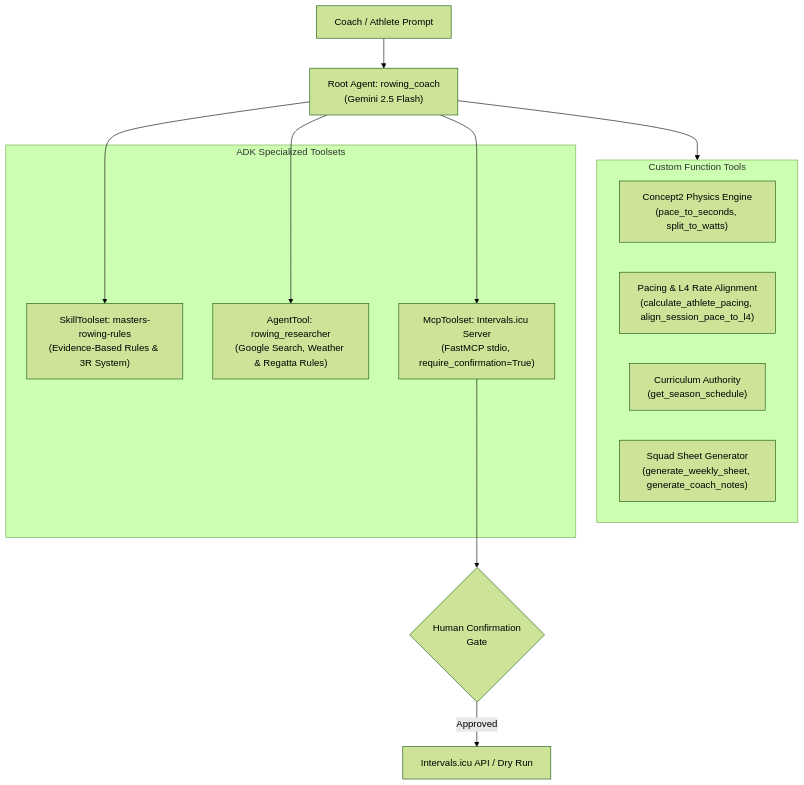
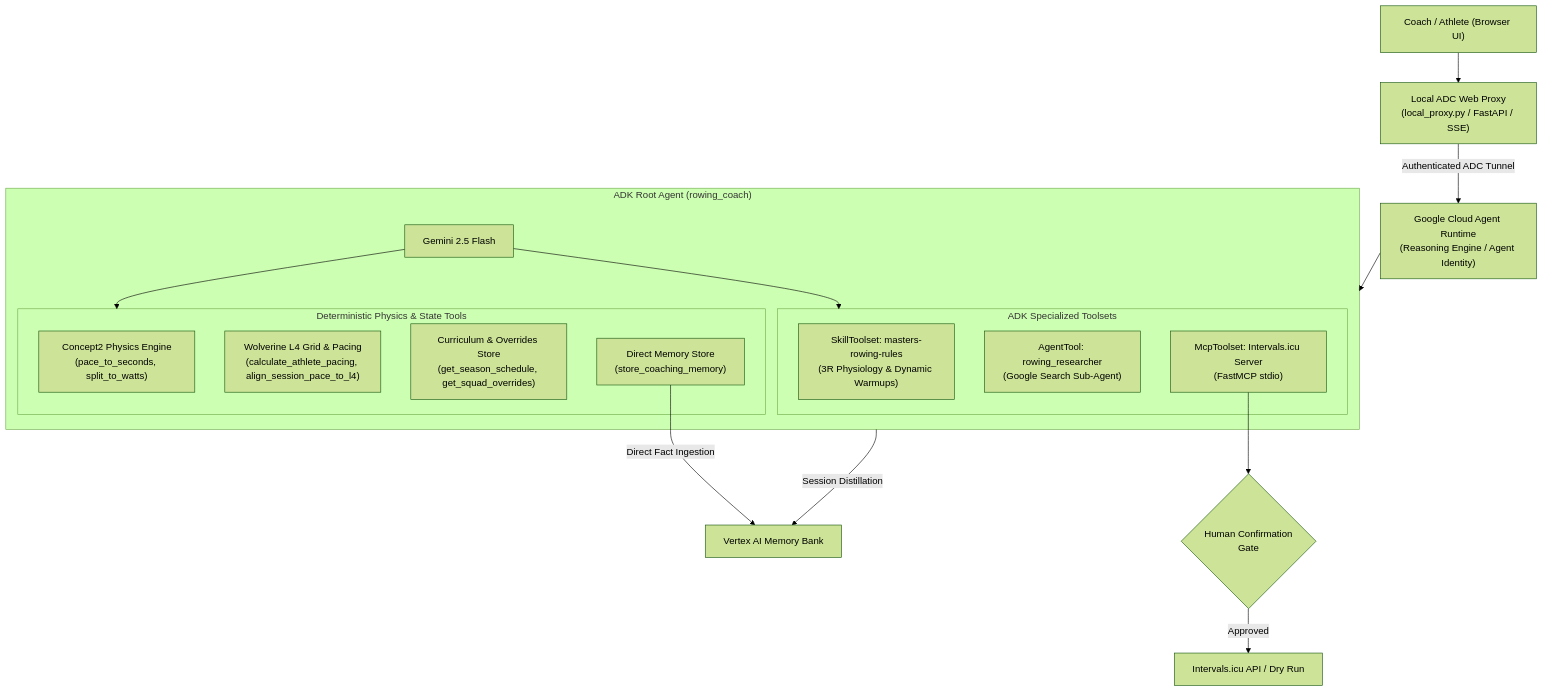
One commit to duncmon/AI-Devcamp-rowing-coach-agent changed the diagram in README.md. Above: the diagram before and after it, drawn with Mermaid (forest theme). The commit also changed other lines of this file and 2 other files, not shown here.

Commit message:
docs: add comprehensive system architecture, implementation rationale, and project critique

````diff
--- a/README.md
+++ b/README.md
@@ -28,25 +40,32 @@
 ```mermaid
 flowchart TD
-    User["Coach / Athlete Prompt"] --> Root["Root Agent: rowing_coach<br/>(Gemini 2.5 Flash)"]
+    User["Coach / Athlete (Browser UI)"] --> Proxy["Local ADC Web Proxy<br/>(local_proxy.py / FastAPI / SSE)"]
     
-    subgraph CoreTools["Custom Function Tools"]
-        P1["Concept2 Physics Engine<br/>(pace_to_seconds, split_to_watts)"]
-        P2["Pacing & L4 Rate Alignment<br/>(calculate_athlete_pacing, align_session_pace_to_l4)"]
-        P3["Curriculum Authority<br/>(get_season_schedule)"]
-        P4["Squad Sheet Generator<br/>(generate_weekly_sheet, generate_coach_notes)"]
+    Proxy -->|Authenticated ADC Tunnel| Engine["Google Cloud Agent Runtime<br/>(Reasoning Engine / Agent Identity)"]
+    
+    subgraph ADKAgent["ADK Root Agent (rowing_coach)"]
+        Model["Gemini 2.5 Flash"]
+        
+        subgraph DeterministicTools["Deterministic Physics & State Tools"]
+            P1["Concept2 Physics Engine<br/>(pace_to_seconds, split_to_watts)"]
+            P2["Wolverine L4 Grid & Pacing<br/>(calculate_athlete_pacing, align_session_pace_to_l4)"]
+            P3["Curriculum & Overrides Store<br/>(get_season_schedule, get_squad_overrides)"]
+            P4["Direct Memory Store<br/>(store_coaching_memory)"]
+        end
+        
+        subgraph AgenticModules["ADK Specialized Toolsets"]
+            Skill["SkillToolset: masters-rowing-rules<br/>(3R Physiology & Dynamic Warmups)"]
+            SubAgent["AgentTool: rowing_researcher<br/>(Google Search Sub-Agent)"]
+            MCP["McpToolset: Intervals.icu Server<br/>(FastMCP stdio)"]
+        end
+        
+        Model --> DeterministicTools
+        Model --> AgenticModules
     end
     
-    subgraph AgenticModules["ADK Specialized Toolsets"]
-        Skill["SkillToolset: masters-rowing-rules<br/>(Evidence-Based Rules & 3R System)"]
-        SubAgent["AgentTool: rowing_researcher<br/>(Google Search, Weather & Regatta Rules)"]
-        MCP["McpToolset: Intervals.icu Server<br/>(FastMCP stdio, require_confirmation=True)"]
-    end
-
-    Root --> CoreTools
-    Root --> Skill
-    Root --> SubAgent
-    Root --> MCP
-    
+    Engine --> ADKAgent
+    P4 -->|Direct Fact Ingestion| MemBank["Vertex AI Memory Bank"]
+    ADKAgent -->|Session Distillation| MemBank
     MCP --> Gate{"Human Confirmation<br/>Gate"}
     Gate -->|Approved| Calendar["Intervals.icu API / Dry Run"]
 ```
````
